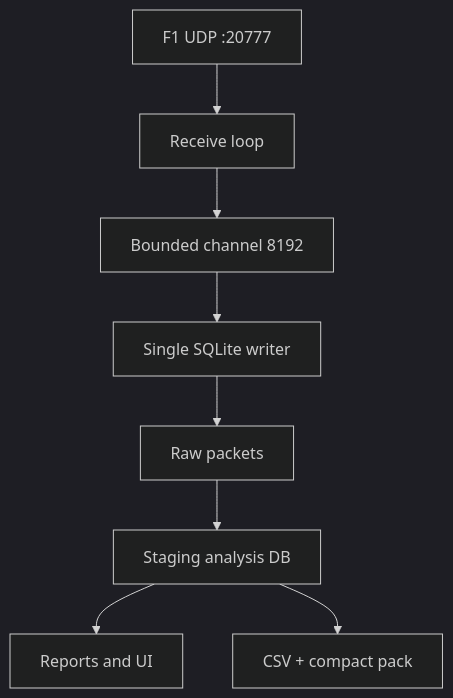
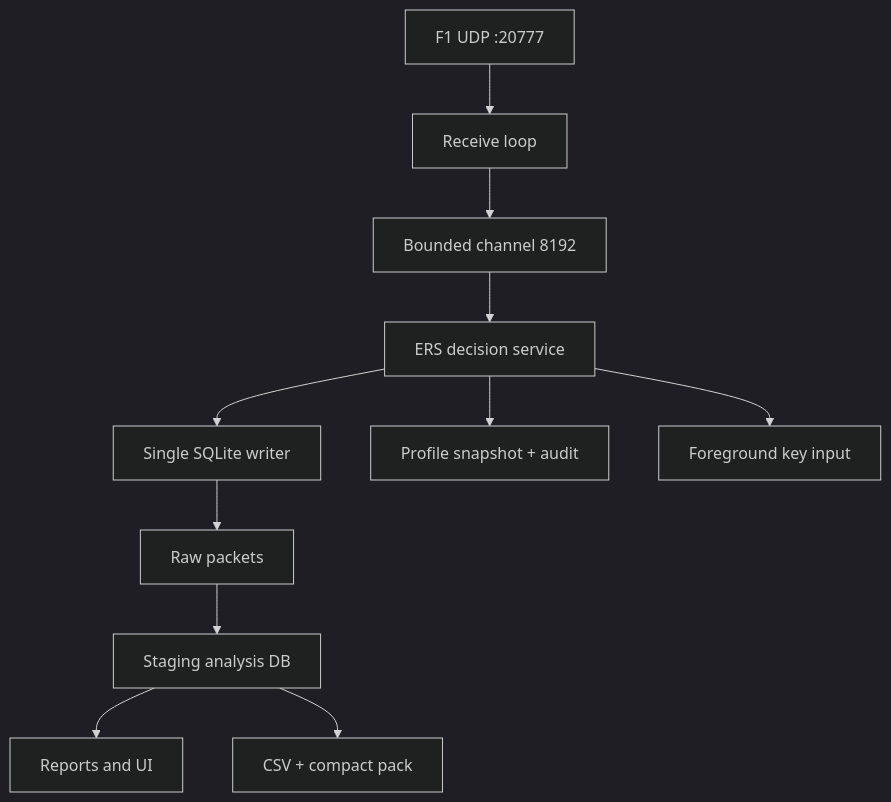
One commit to Ender168/F1_Telemetry_Lab changed the first of 3 diagrams in docs/ARCHITECTURE.md. Above: the diagram before and after it, drawn with Mermaid (dark theme). The commit also changed other lines of this file and 24 other files, not shown here.

````diff
--- a/docs/ARCHITECTURE.md
+++ b/docs/ARCHITECTURE.md
@@ -5,10 +5,13 @@
 ```mermaid
 flowchart TD
     UDP["F1 UDP :20777"] --> RX["Receive loop"]
     RX --> Q["Bounded channel 8192"]
-    Q --> DB["Single SQLite writer"]
+    Q --> ERS["ERS decision service"]
+    ERS --> DB["Single SQLite writer"]
+    ERS --> AUDIT["Profile snapshot + audit"]
+    ERS --> INPUT["Foreground key input"]
     DB --> RAW["Raw packets"]
     RAW --> STAGE["Staging analysis DB"]
     STAGE --> VIEW["Reports and UI"]
     STAGE --> PACK["CSV + compact pack"]
 ```
````
